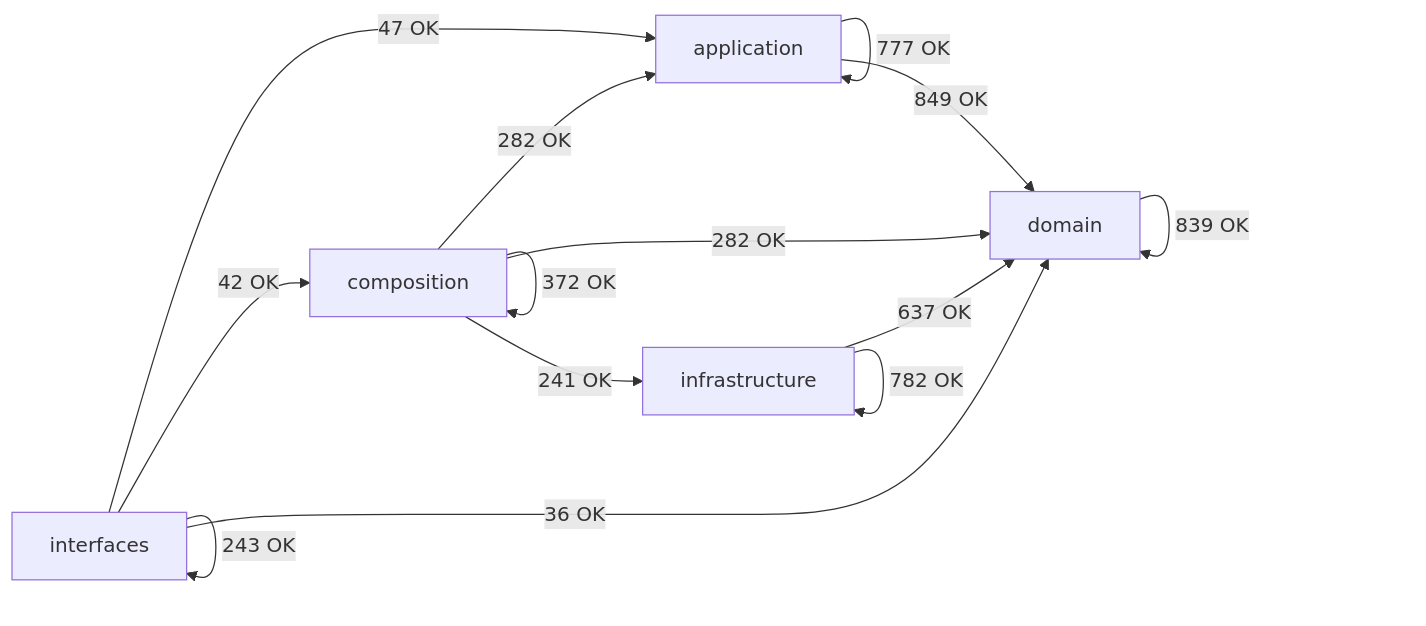
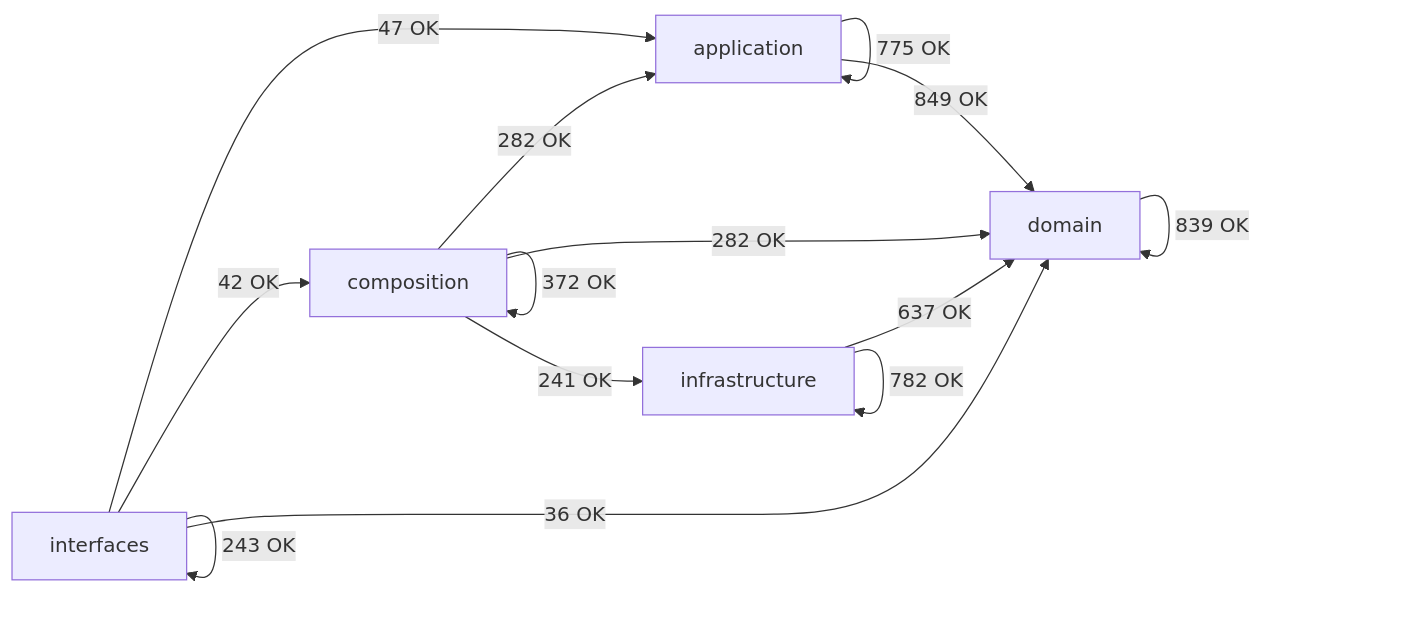
One commit to SatoryKono/BioactivityDataAcquisition changed the diagram in docs/02-architecture/generated/module-dependency-map.md. Above: the diagram before and after it, drawn with Mermaid. The commit also changed other lines of this file and 18 other files, not shown here.

````diff
--- a/docs/02-architecture/generated/module-dependency-map.md
+++ b/docs/02-architecture/generated/module-dependency-map.md
@@ -26,21 +26,21 @@
 ```mermaid
 flowchart LR
     domain[domain]
     application[application]
     infrastructure[infrastructure]
     composition[composition]
     interfaces[interfaces]
-    application -->|777 OK| application
+    application -->|775 OK| application
     application -->|849 OK| domain
     composition -->|282 OK| application
     composition -->|372 OK| composition
     composition -->|282 OK| domain
     composition -->|241 OK| infrastructure
     domain -->|839 OK| domain
     infrastructure -->|637 OK| domain
     infrastructure -->|782 OK| infrastructure
     interfaces -->|47 OK| application
     interfaces -->|42 OK| composition
     interfaces -->|36 OK| domain
     interfaces -->|243 OK| interfaces
 ```
````
